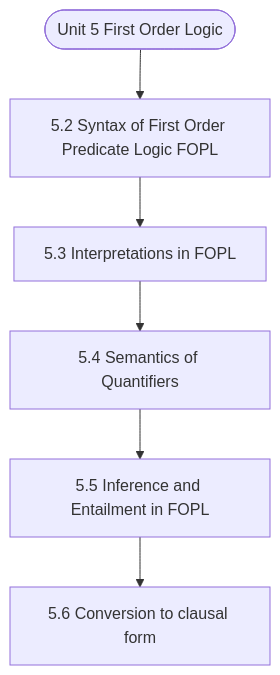
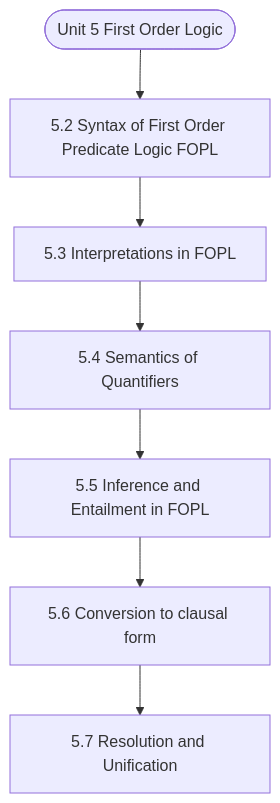
The diagram in notes/Semester_2/MCS-224_Artificial_Intelligence_&_Machine_Learning/unit_05_First_Order_Logic.md (Asutosh-Coaching/mscdsa), drawn with Mermaid before and after one commit. The commit also changed other lines of this file and 116 other files, not shown here.

````diff
--- a/notes/Semester_2/MCS-224_Artificial_Intelligence_&_Machine_Learning/unit_05_First_Order_Logic.md
+++ b/notes/Semester_2/MCS-224_Artificial_Intelligence_&_Machine_Learning/unit_05_First_Order_Logic.md
@@ -19,14 +19,16 @@
 ```mermaid
 flowchart TD
   Start(["Unit 5 First Order Logic"])
   N1["5.2 Syntax of First Order Predicate Logic FOPL"]
   N2["5.3 Interpretations in FOPL"]
   N3["5.4 Semantics of Quantifiers"]
   N4["5.5 Inference and Entailment in FOPL"]
   N5["5.6 Conversion to clausal form"]
+  N6["5.7 Resolution and Unification"]
   Start --> N1
   N1 --> N2
   N2 --> N3
   N3 --> N4
   N4 --> N5
+  N5 --> N6
 ```
````
